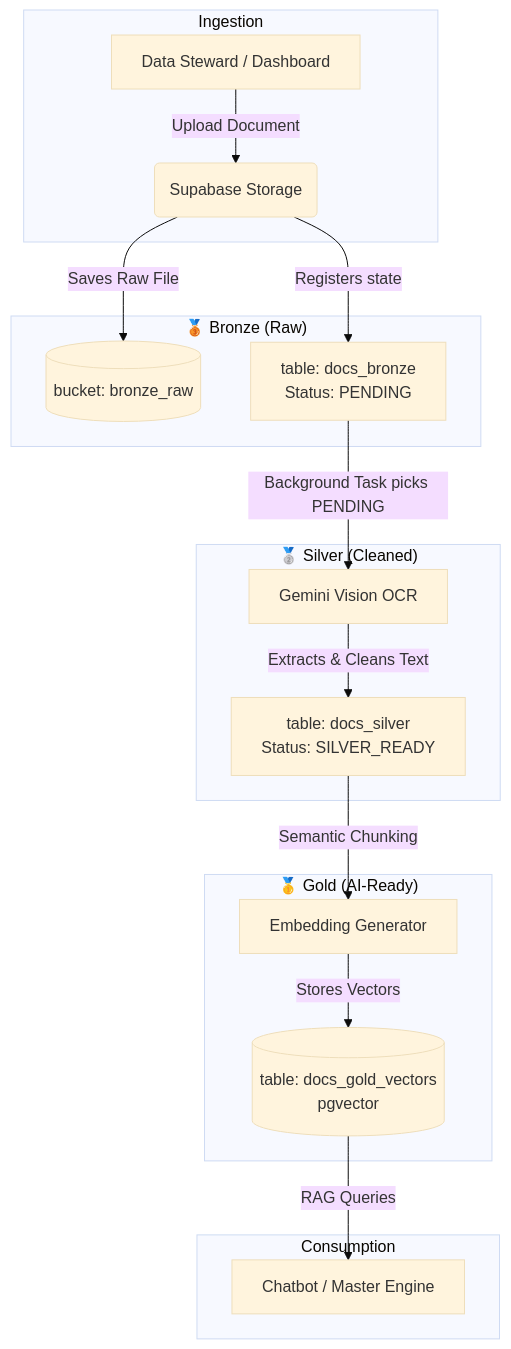
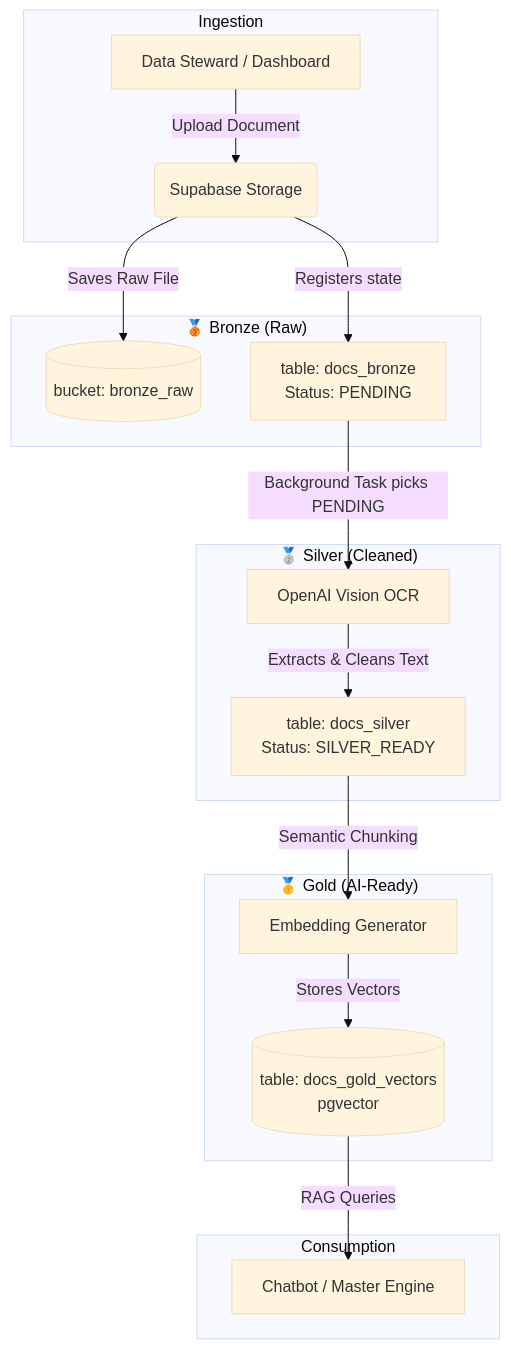
The diagram in docs/data-lake.md (victorhayafuji/flowia-master-engine), drawn with Mermaid (base theme) before and after one commit. The commit also changed other lines of this file and 161 other files, not shown here.

````diff
--- a/docs/data-lake.md
+++ b/docs/data-lake.md
@@ -38,25 +38,25 @@
 ```mermaid
 graph TD
     subgraph Ingestion
         A[Data Steward / Dashboard] -->|Upload Document| B(Supabase Storage)
     end
 
     subgraph Bronze Layer ["🥉 Bronze (Raw)"]
         B -->|Saves Raw File| C[(bucket: bronze_raw)]
         B -->|Registers state| D[table: docs_bronze<br/>Status: PENDING]
     end
 
     subgraph Silver Layer ["🥈 Silver (Cleaned)"]
-        D -->|Background Task picks PENDING| E[Gemini Vision OCR]
+        D -->|Background Task picks PENDING| E[OpenAI Vision OCR]
         E -->|Extracts & Cleans Text| F[table: docs_silver<br/>Status: SILVER_READY]
     end
 
     subgraph Gold Layer ["🥇 Gold (AI-Ready)"]
         F -->|Semantic Chunking| G[Embedding Generator]
         G -->|Stores Vectors| H[(table: docs_gold_vectors<br/>pgvector)]
     end
 
     subgraph Consumption
         H -->|RAG Queries| I[Chatbot / Master Engine]
     end
 ```
````
